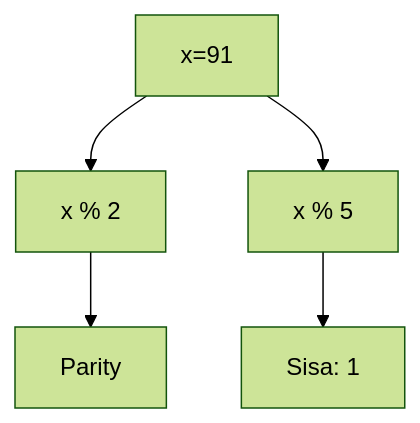
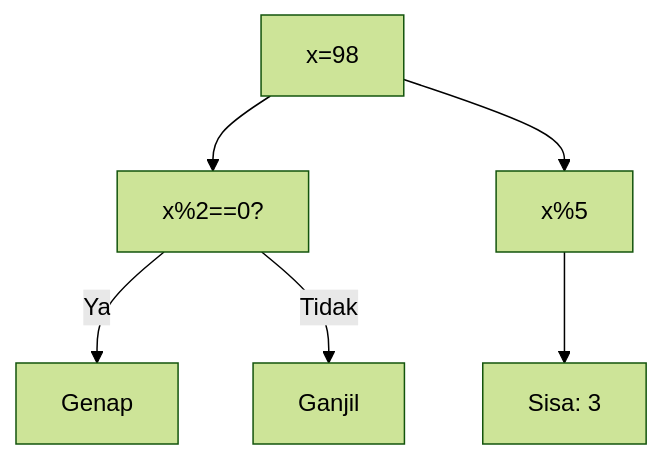
Diagram 14 of 25 in part-c-pemahaman-cpp/01-tipe-data/latihan/set-12.md (amnahwaida/OSNK_INF_PREP), drawn with Mermaid (forest theme) before and after one commit. The commit also changed other lines of this file and 71 other files, not shown here.

Commit message:
Fixed Mermaid syntax lexical errors with quoted labels in 1,800 questions

````diff
--- a/part-c-pemahaman-cpp/01-tipe-data/latihan/set-12.md
+++ b/part-c-pemahaman-cpp/01-tipe-data/latihan/set-12.md
@@ -327,7 +432,8 @@
 ```mermaid
 graph TD
-A[x=91] --> B[x % 2]
-B --> C[Parity]
-A --> D[x % 5]
-D --> E[Sisa: 1]
+A["x=98"] --> B["x%2==0?"]
+B -- Ya --> C["Genap"]
+B -- Tidak --> D["Ganjil"]
+A --> E["x%5"]
+E --> F["Sisa: 3"]
 ```
````
